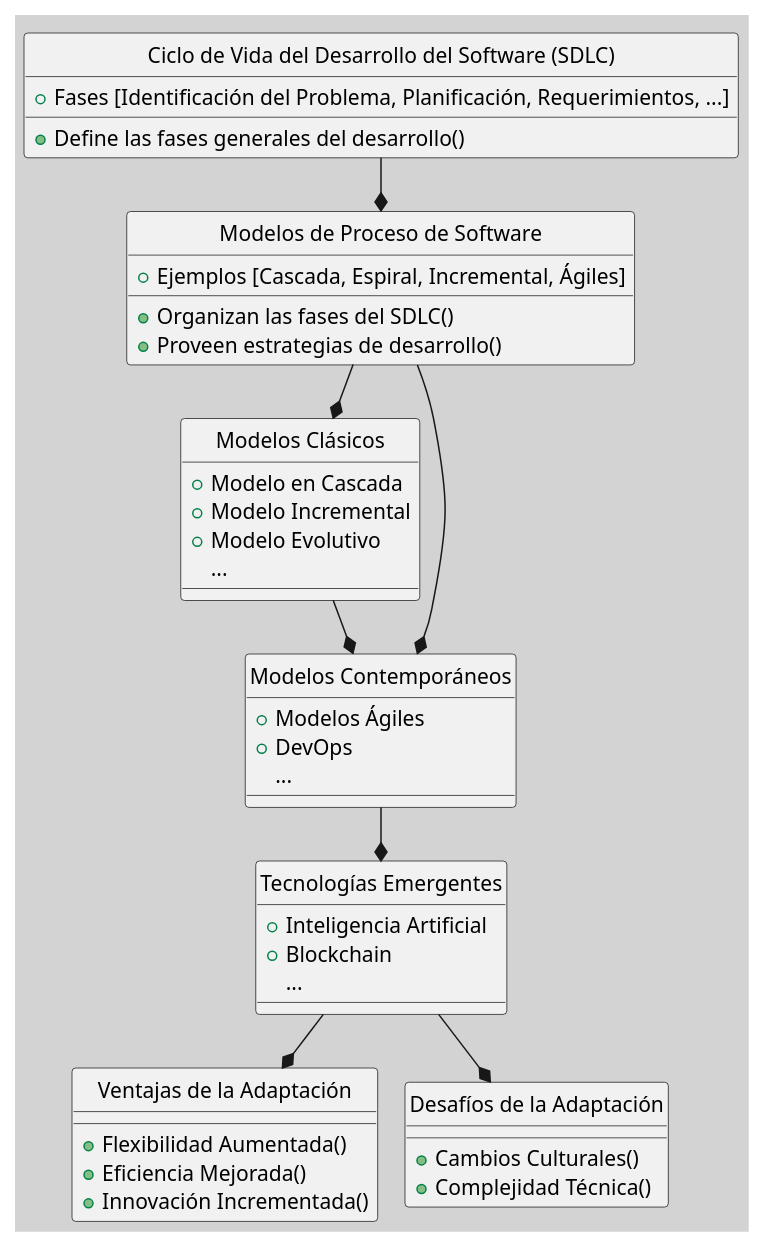
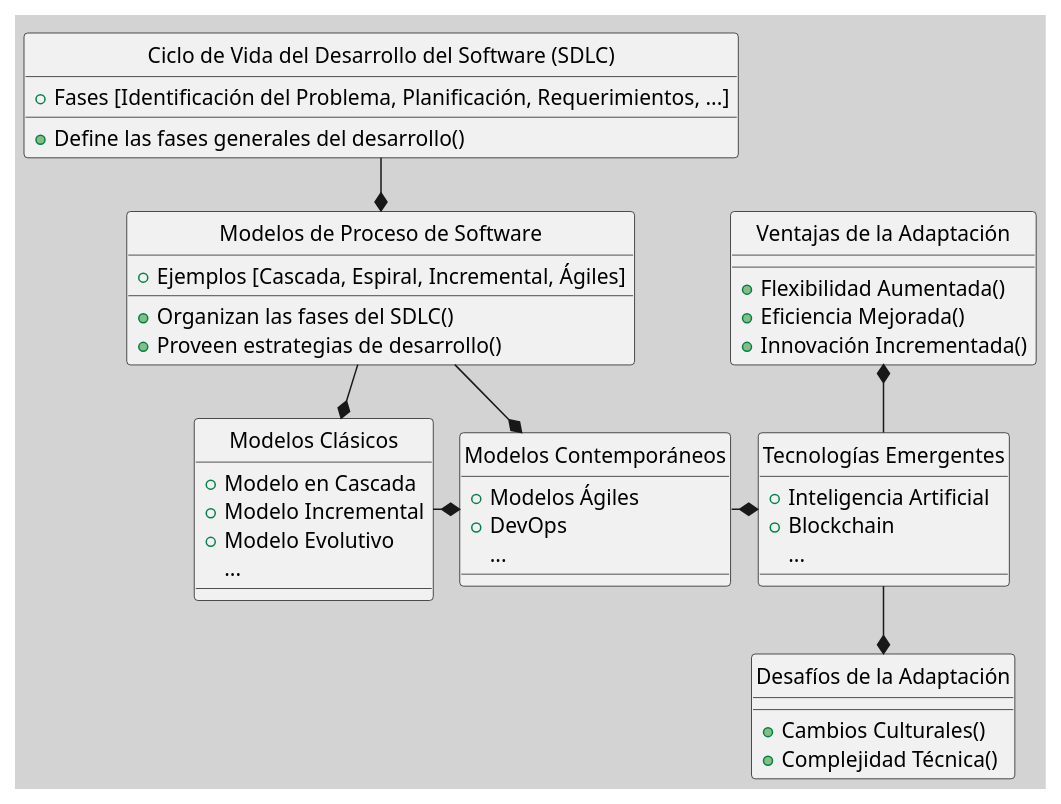
One commit to egrpy/egr-zettel-lectures changed the second of 2 diagrams in src/site/notes/050 Base de Conocimientos/200  Mi Zettelkasten/100 Docencia/IS1/2025/Clase 04 Modelos de Proceso de Software/Zk !MOC Modelos de Proceso de Software.md. Above: the diagram before and after it, drawn with PlantUML. The commit also changed other lines of this file and 1 other file, not shown here.

````diff
--- a/src/site/notes/050 Base de Conocimientos/200  Mi Zettelkasten/100 Docencia/IS1/2025/Clase 04 Modelos de Proceso de Software/Zk !MOC Modelos de Proceso de Software.md
+++ b/src/site/notes/050 Base de Conocimientos/200  Mi Zettelkasten/100 Docencia/IS1/2025/Clase 04 Modelos de Proceso de Software/Zk !MOC Modelos de Proceso de Software.md
@@ -93,57 +91,57 @@
 ```plantuml
 @startuml
 !pragma layout smetana
 skinparam style strictuml
 skinparam BackgroundColor LightGray
 
 class "Ciclo de Vida del Desarrollo del Software (SDLC)" {
     + Fases [Identificación del Problema, Planificación, Requerimientos, ...]
     + Define las fases generales del desarrollo()
 }
 
 class "Modelos de Proceso de Software" {
     + Ejemplos [Cascada, Espiral, Incremental, Ágiles]
     + Organizan las fases del SDLC()
     + Proveen estrategias de desarrollo()
 }
 
 class "Modelos Clásicos" {
     + Modelo en Cascada
     + Modelo Incremental
     + Modelo Evolutivo
 ...
 }
 
 class "Modelos Contemporáneos" {
     + Modelos Ágiles
     + DevOps
 ...
 }
 
 class "Tecnologías Emergentes" {
     + Inteligencia Artificial
     + Blockchain
 ...
 }
 
 class "Ventajas de la Adaptación" {
     + Flexibilidad Aumentada()
     + Eficiencia Mejorada()
     + Innovación Incrementada()
 }
 
 class "Desafíos de la Adaptación" {
     + Cambios Culturales()
     + Complejidad Técnica()
 }
 
 "Ciclo de Vida del Desarrollo del Software (SDLC)" --* "Modelos de Proceso de Software"
 "Modelos de Proceso de Software" --* "Modelos Clásicos"
 "Modelos de Proceso de Software" --* "Modelos Contemporáneos"
-"Modelos Clásicos" --* "Modelos Contemporáneos"
-"Modelos Contemporáneos" --* "Tecnologías Emergentes"
-"Tecnologías Emergentes" --* "Ventajas de la Adaptación"
+"Modelos Clásicos" -r-* "Modelos Contemporáneos"
+"Modelos Contemporáneos" -r-* "Tecnologías Emergentes"
+"Tecnologías Emergentes" -u-* "Ventajas de la Adaptación"
 "Tecnologías Emergentes" --* "Desafíos de la Adaptación"
 @enduml
 
 ```
````
